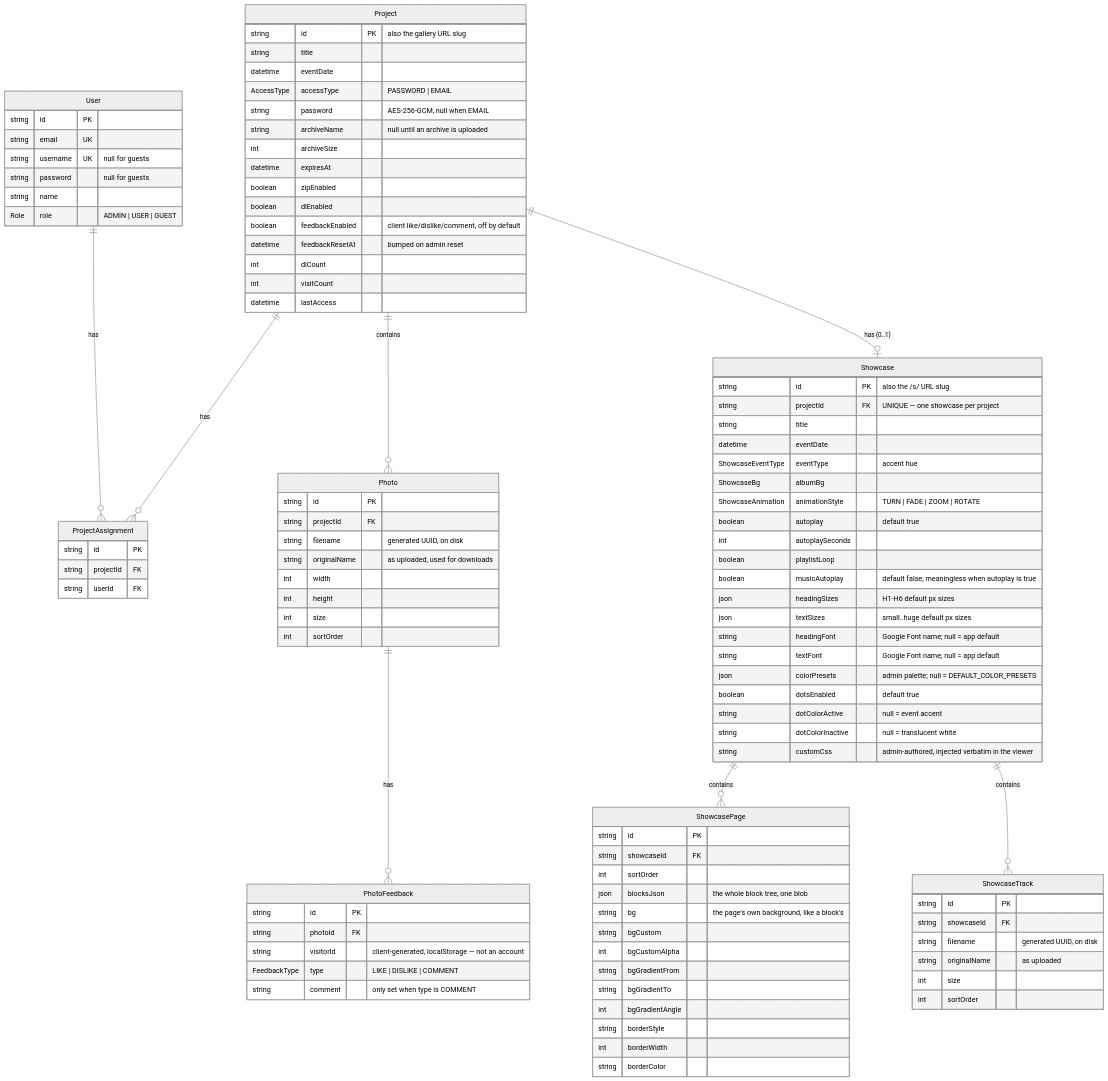
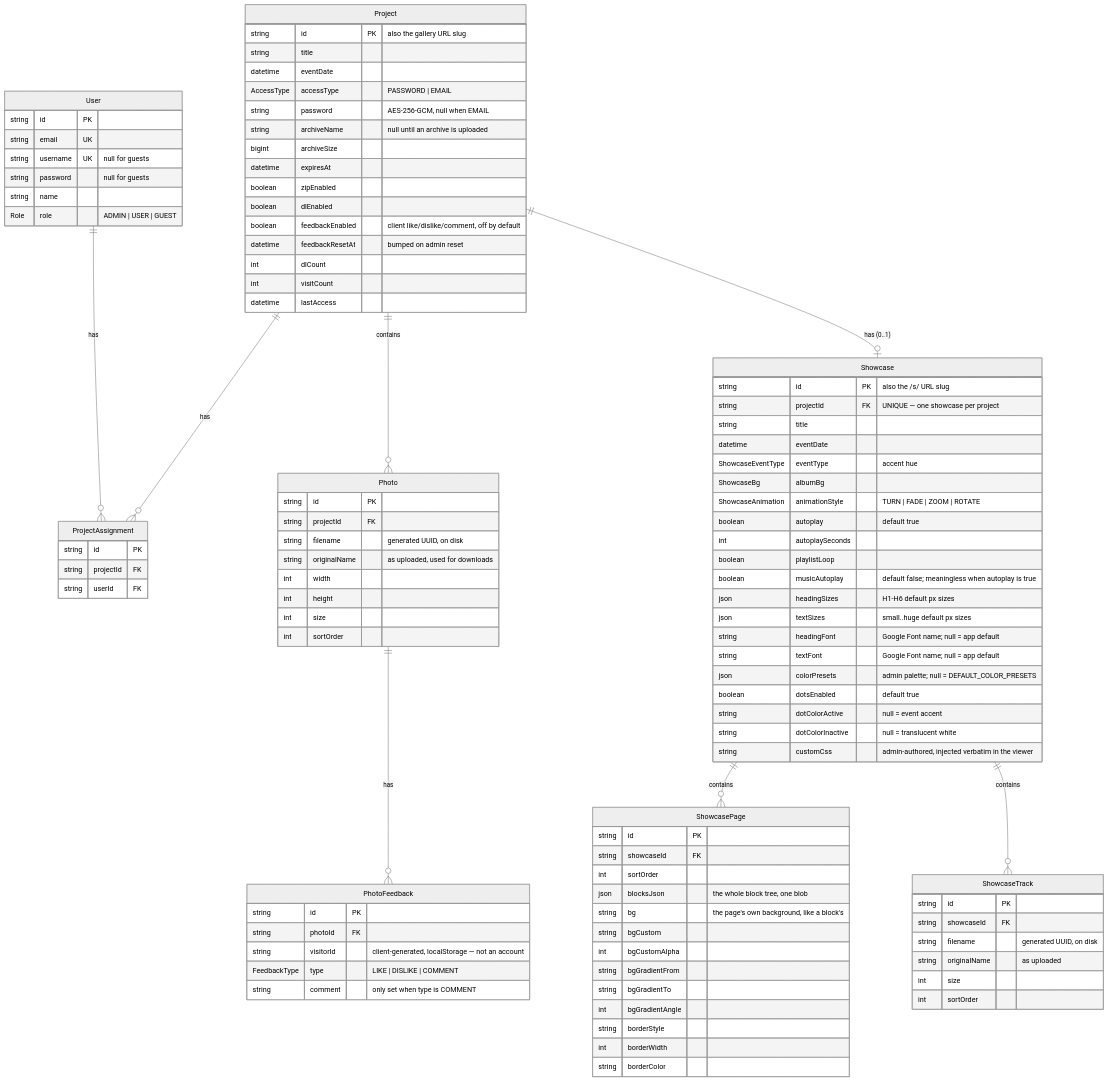
Before and after one commit to Geobusteni/kuvalib: the first of 3 diagrams in ARCHITECTURE.md, drawn with Mermaid (neutral theme). The commit also changed other lines of this file and 1 other file, not shown here.

Commit message:
Document archive size, upload locking and download header fixes

```diff
--- a/ARCHITECTURE.md
+++ b/ARCHITECTURE.md
@@ -169,7 +169,7 @@
         AccessType accessType "PASSWORD | EMAIL"
         string password "AES-256-GCM, null when EMAIL"
         string archiveName "null until an archive is uploaded"
-        int archiveSize
+        bigint archiveSize
         datetime expiresAt
         boolean zipEnabled
         boolean dlEnabled
```
